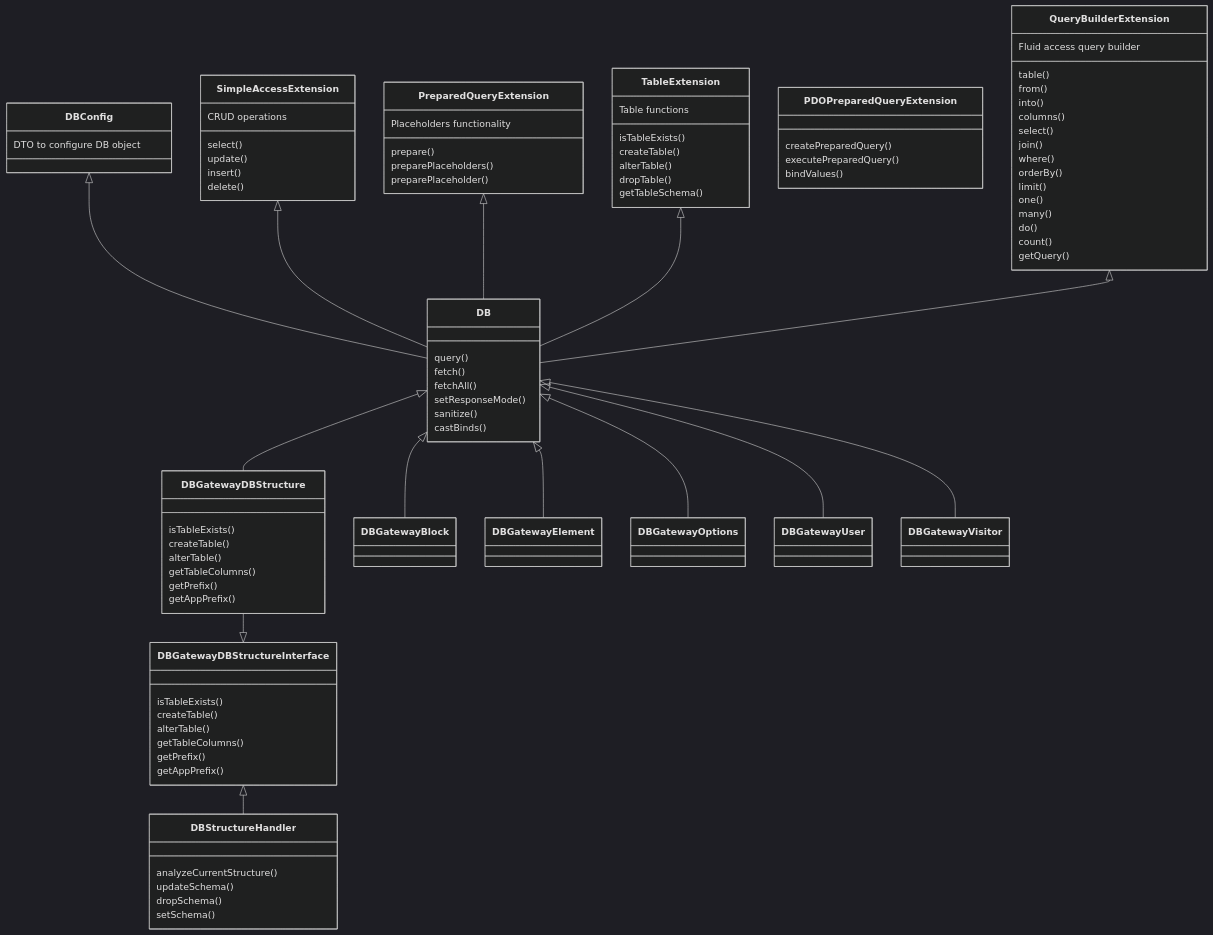
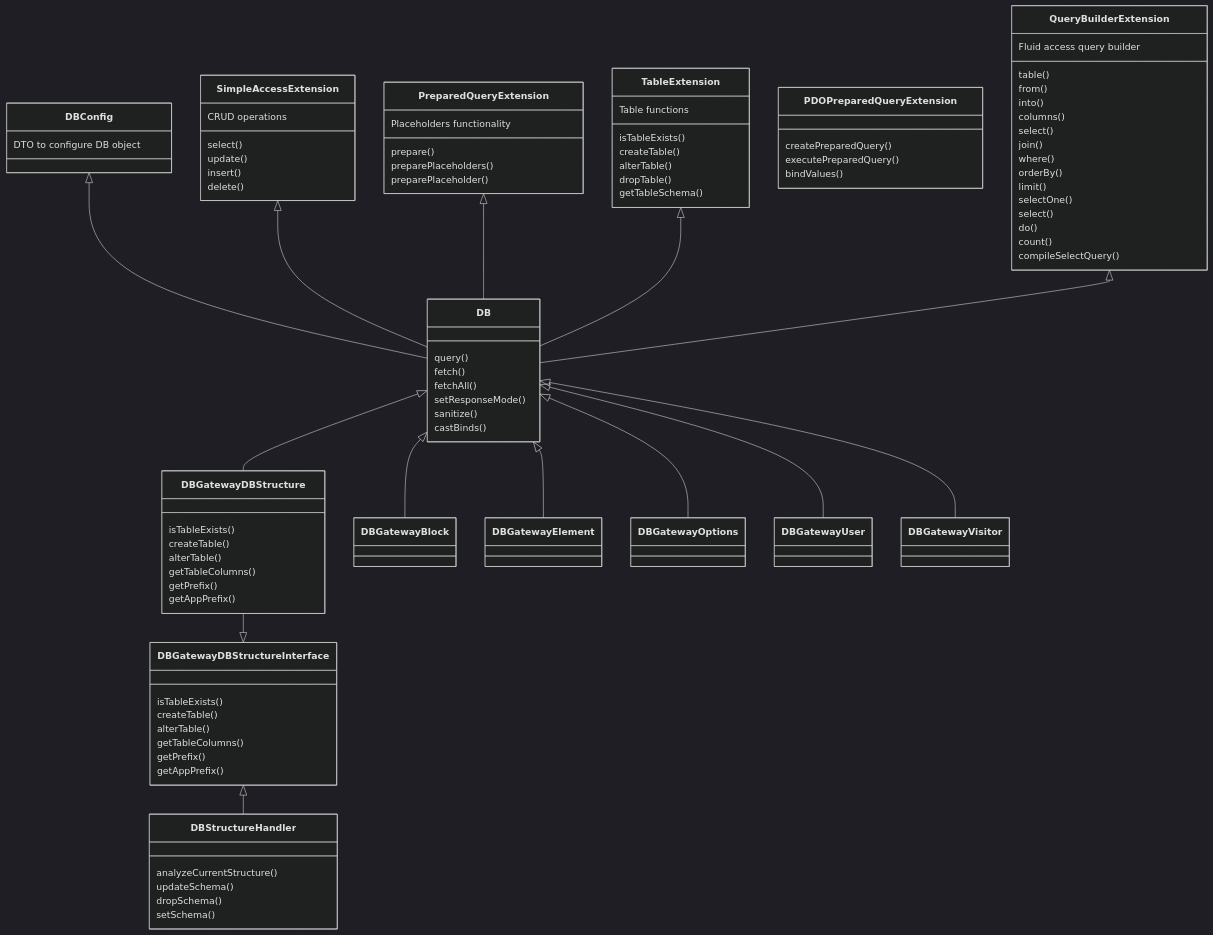
Before and after one commit to safronik/sabe: the diagram in lib/Safronik/Services/DB/DB.mmd, drawn with Mermaid (dark theme). The commit also changed 33 other files, not shown here.

```diff
--- a/lib/Safronik/Services/DB/DB.mmd
+++ b/lib/Safronik/Services/DB/DB.mmd
@@ -1,98 +1,98 @@
 classDiagram
 
     class DBConfig{
         DTO to configure DB object
     }
     class TableExtension{
         Table functions
         isTableExists()
         createTable()
         alterTable()
         dropTable()
         getTableSchema()
     }
     class SimpleAccessExtension{
         CRUD operations
         select()
         update()
         insert()
         delete()
     }
     class PreparedQueryExtension{
         Placeholders functionality
         prepare()
         preparePlaceholders()
         preparePlaceholder()
     }
     class PDOPreparedQueryExtension{
         createPreparedQuery()
         executePreparedQuery()
         bindValues()
     }
     class QueryBuilderExtension{
         Fluid access query builder
         table()
         from()
         into()
         columns()
         select()
         join()
         where()
         orderBy()
         limit()
-        one()
-        many()
+        selectOne()
+        select()
         do()
         count()
-        getQuery()
+        compileSelectQuery()
     }
     class DB{
         query()
         fetch()
         fetchAll()
         setResponseMode()
         sanitize()
         castBinds()
     }
 
     DBConfig               <|-- DB
     SimpleAccessExtension  <|-- DB
     PreparedQueryExtension <|-- DB
     TableExtension         <|-- DB
     QueryBuilderExtension  <|-- DB
 
     DB <|-- DBGatewayDBStructure
     DB <|-- DBGatewayBlock
     DB <|-- DBGatewayElement
     DB <|-- DBGatewayOptions
     DB <|-- DBGatewayUser
     DB <|-- DBGatewayVisitor
 
     class DBGatewayDBStructure{
         isTableExists()
         createTable()
         alterTable()
         getTableColumns()
         getPrefix()
         getAppPrefix()
     }
 
     class DBGatewayDBStructureInterface{
         isTableExists()
         createTable()
         alterTable()
         getTableColumns()
         getPrefix()
         getAppPrefix()
     }
 
     class DBStructureHandler{
         analyzeCurrentStructure()
         updateSchema()
         dropSchema()
         setSchema()
     }
 
     DBGatewayDBStructure --|> DBGatewayDBStructureInterface
 
     DBGatewayDBStructureInterface <|-- DBStructureHandler
```
